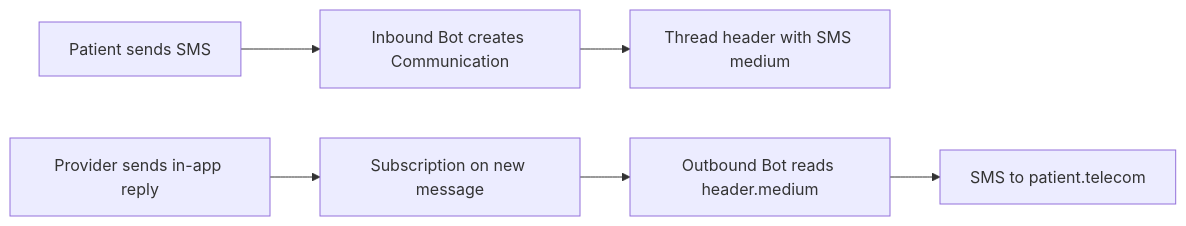
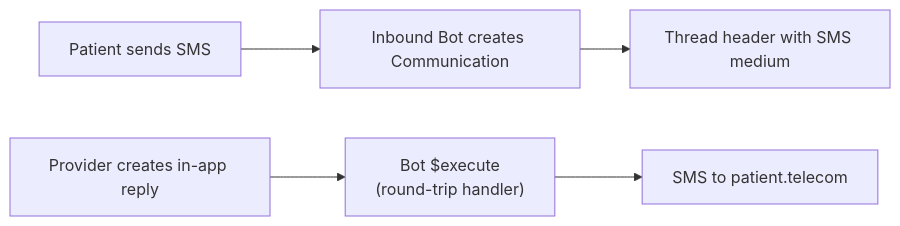
Before and after one commit to medplum/medplum: the third of 3 diagrams in packages/docs/docs/communications/external-messaging-integration-patterns.mdx, drawn with Mermaid. The commit also changed other lines of this file and 1 other file, not shown here.

First line of the commit message:
docs(communications): address review — Bot $execute, upsert, dedup, webhook links

````diff
--- a/packages/docs/docs/communications/external-messaging-integration-patterns.mdx
+++ b/packages/docs/docs/communications/external-messaging-integration-patterns.mdx
@@ -162,8 +163,7 @@
 ```mermaid
 flowchart LR
     PatientSms["Patient sends SMS"] --> InboundBot["Inbound Bot creates Communication"]
     InboundBot --> Thread["Thread header with SMS medium"]
-    ProviderReply["Provider sends in-app reply"] --> Sub["Subscription on new message"]
-    Sub --> OutBot["Outbound Bot reads header.medium"]
-    OutBot --> SmsOut["SMS to patient.telecom"]
+    ProviderReply["Provider creates in-app reply"] --> Exec["Bot $execute<br/>(round-trip handler)"]
+    Exec --> SmsOut["SMS to patient.telecom"]
 ```
````
